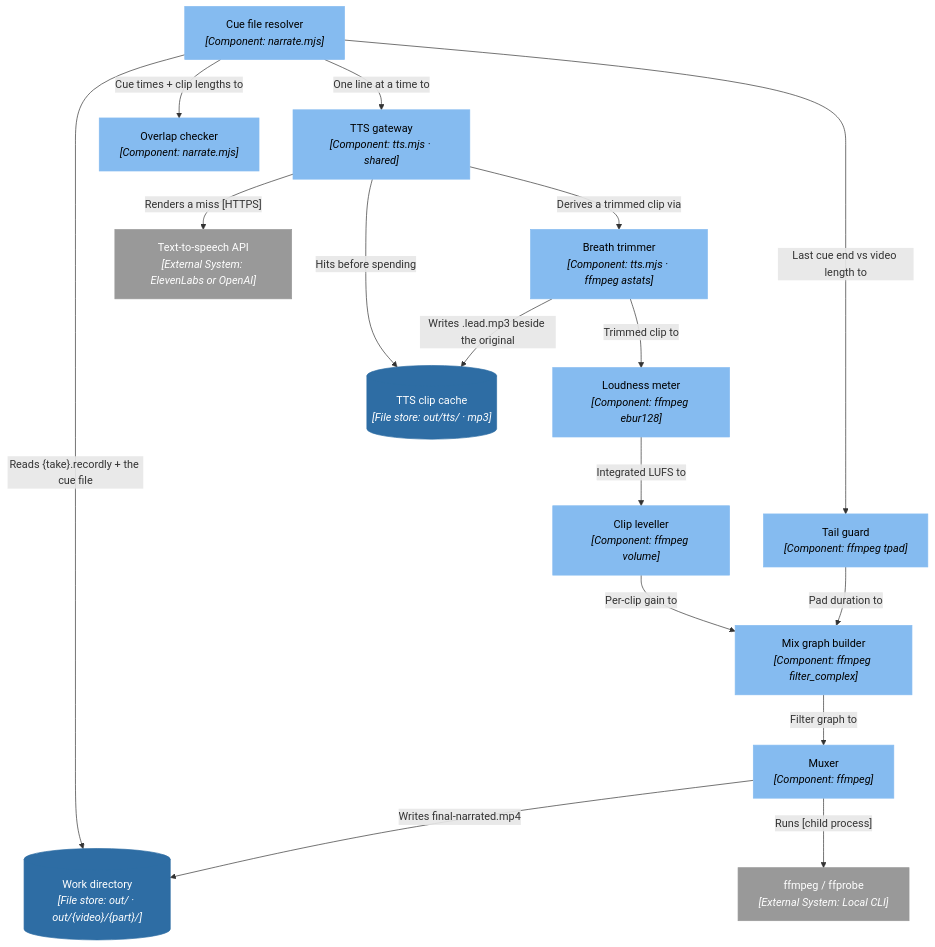
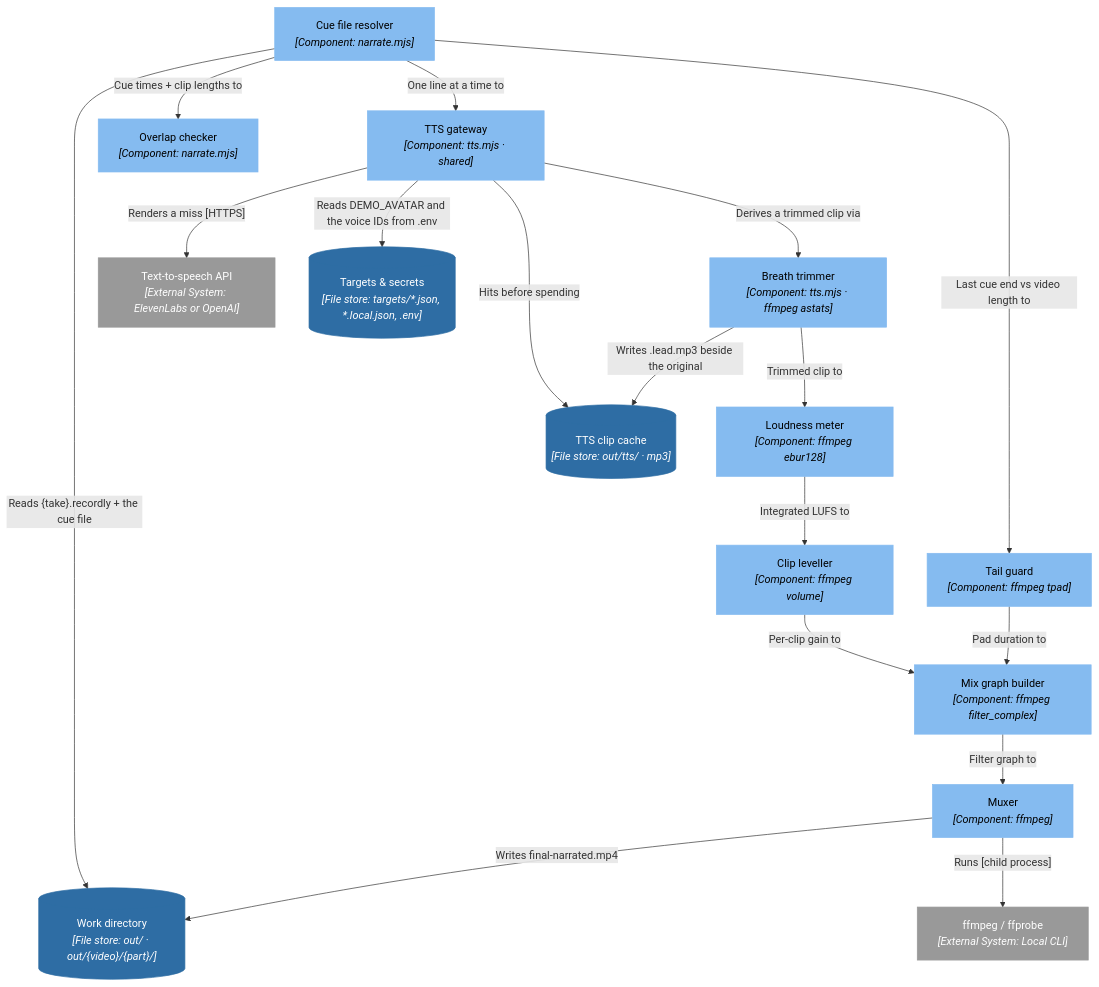
The ninth of 16 diagrams in docs/C4.md (ssunduko/product-video), drawn with Mermaid before and after one commit. The commit also changed other lines of this file and 27 other files, not shown here.

````diff
--- a/docs/C4.md
+++ b/docs/C4.md
@@ -661,40 +688,42 @@
 ```mermaid
 flowchart TD
-  n89["Cue file resolver<br/><i>[Component: narrate.mjs]</i>"]
-  n90["TTS gateway<br/><i>[Component: tts.mjs · shared]</i>"]
-  n91["Breath trimmer<br/><i>[Component: tts.mjs · ffmpeg astats]</i>"]
-  n92["Loudness meter<br/><i>[Component: ffmpeg ebur128]</i>"]
-  n93["Clip leveller<br/><i>[Component: ffmpeg volume]</i>"]
-  n94["Overlap checker<br/><i>[Component: narrate.mjs]</i>"]
-  n95["Tail guard<br/><i>[Component: ffmpeg tpad]</i>"]
-  n96["Mix graph builder<br/><i>[Component: ffmpeg filter_complex]</i>"]
-  n97["Muxer<br/><i>[Component: ffmpeg]</i>"]
-  n28[("TTS clip cache<br/><i>[File store: out/tts/ · mp3]</i>")]
+  n93["Cue file resolver<br/><i>[Component: narrate.mjs]</i>"]
+  n94["TTS gateway<br/><i>[Component: tts.mjs · shared]</i>"]
+  n95["Breath trimmer<br/><i>[Component: tts.mjs · ffmpeg astats]</i>"]
+  n96["Loudness meter<br/><i>[Component: ffmpeg ebur128]</i>"]
+  n97["Clip leveller<br/><i>[Component: ffmpeg volume]</i>"]
+  n98["Overlap checker<br/><i>[Component: narrate.mjs]</i>"]
+  n99["Tail guard<br/><i>[Component: ffmpeg tpad]</i>"]
+  n100["Mix graph builder<br/><i>[Component: ffmpeg filter_complex]</i>"]
+  n101["Muxer<br/><i>[Component: ffmpeg]</i>"]
+  n30[("TTS clip cache<br/><i>[File store: out/tts/ · mp3]</i>")]
   n6["Text-to-speech API<br/><i>[External System: ElevenLabs or OpenAI]</i>"]
-  n27[("Work directory<br/><i>[File store: out/ · out/{video}/{part}/]</i>")]
+  n29[("Work directory<br/><i>[File store: out/ · out/{video}/{part}/]</i>")]
   n5["ffmpeg / ffprobe<br/><i>[External System: Local CLI]</i>"]
-  n89 -->|"Reads {take}.recordly + the cue file"| n27
-  n89 -->|"One line at a time to"| n90
-  n90 -->|"Hits before spending"| n28
-  n90 -->|"Renders a miss [HTTPS]"| n6
-  n90 -->|"Derives a trimmed clip via"| n91
-  n91 -->|"Writes .lead.mp3 beside the original"| n28
-  n91 -->|"Trimmed clip to"| n92
-  n92 -->|"Integrated LUFS to"| n93
-  n89 -->|"Cue times + clip lengths to"| n94
-  n89 -->|"Last cue end vs video length to"| n95
-  n93 -->|"Per-clip gain to"| n96
-  n95 -->|"Pad duration to"| n96
-  n96 -->|"Filter graph to"| n97
-  n97 -->|"Runs [child process]"| n5
-  n97 -->|"Writes final-narrated.mp4"| n27
+  n27[("Targets & secrets<br/><i>[File store: targets/*.json, *.local.json, .env]</i>")]
+  n94 -->|"Reads DEMO_AVATAR and the voice IDs from .env"| n27
+  n93 -->|"Reads {take}.recordly + the cue file"| n29
+  n93 -->|"One line at a time to"| n94
+  n94 -->|"Hits before spending"| n30
+  n94 -->|"Renders a miss [HTTPS]"| n6
+  n94 -->|"Derives a trimmed clip via"| n95
+  n95 -->|"Writes .lead.mp3 beside the original"| n30
+  n95 -->|"Trimmed clip to"| n96
+  n96 -->|"Integrated LUFS to"| n97
+  n93 -->|"Cue times + clip lengths to"| n98
+  n93 -->|"Last cue end vs video length to"| n99
+  n97 -->|"Per-clip gain to"| n100
+  n99 -->|"Pad duration to"| n100
+  n100 -->|"Filter graph to"| n101
+  n101 -->|"Runs [child process]"| n5
+  n101 -->|"Writes final-narrated.mp4"| n29
   classDef person fill:#08427b,stroke:#08427b,color:#ffffff;
   classDef system fill:#1168bd,stroke:#1168bd,color:#ffffff;
   classDef external fill:#999999,stroke:#999999,color:#ffffff;
   classDef container fill:#438dd5,stroke:#438dd5,color:#ffffff;
   classDef store fill:#2e6da4,stroke:#2e6da4,color:#ffffff;
   classDef component fill:#85bbf0,stroke:#85bbf0,color:#000000;
   class n6,n5 external;
-  class n28,n27 store;
-  class n89,n90,n91,n92,n93,n94,n95,n96,n97 component;
+  class n30,n29,n27 store;
+  class n93,n94,n95,n96,n97,n98,n99,n100,n101 component;
 ```
````
